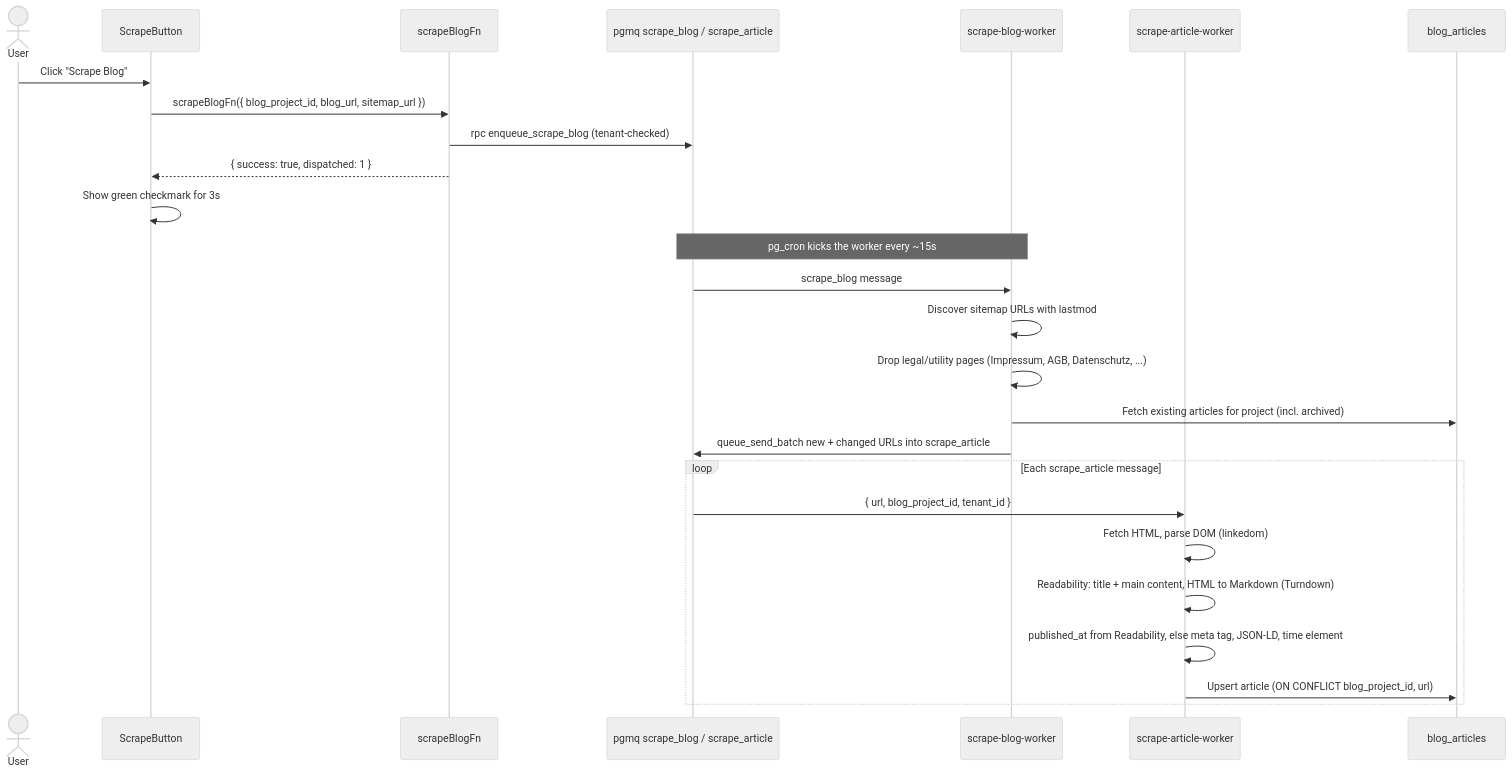
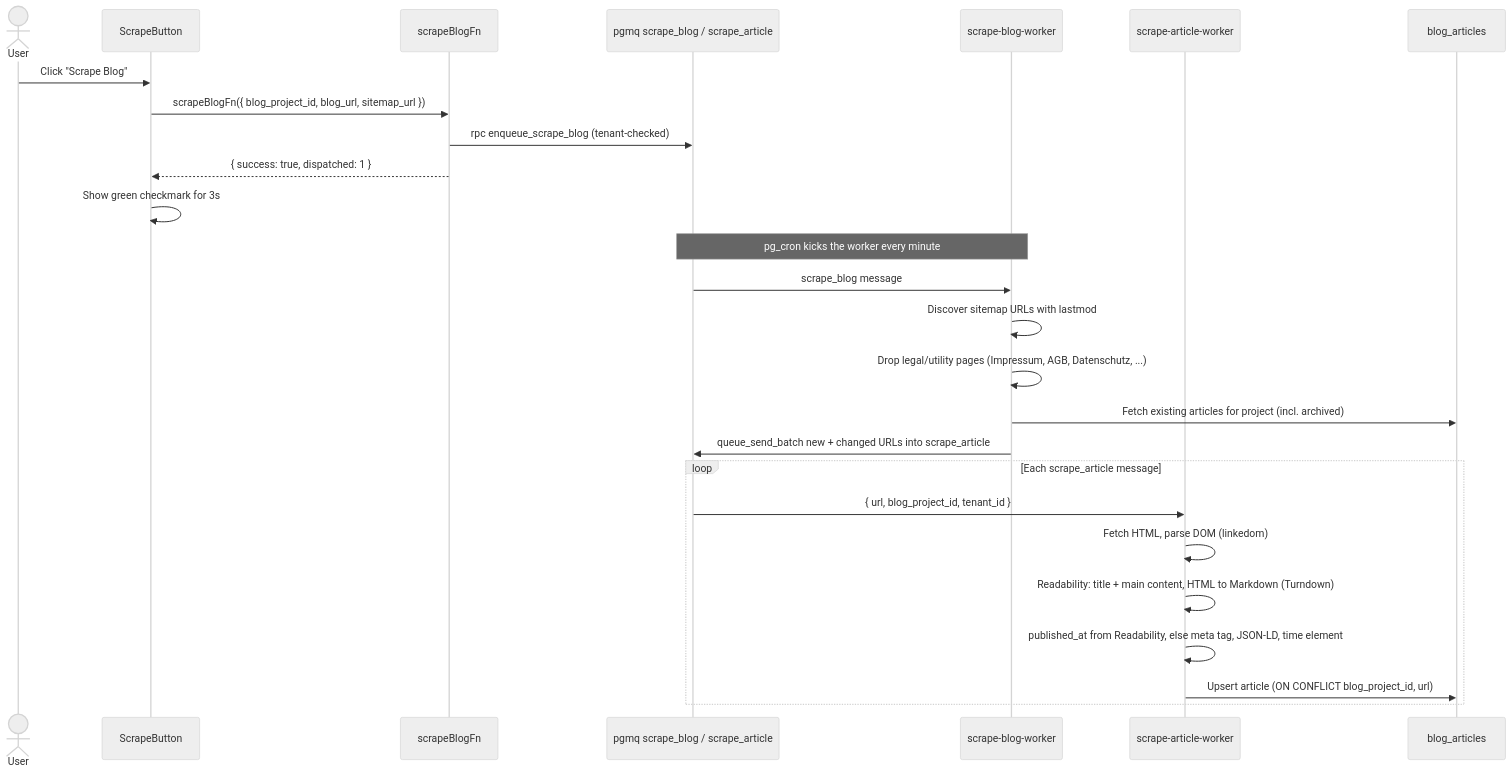
One commit to theaussie86/petra-pinterest changed the first of 4 diagrams in docs/flows/article-management.md. Above: the diagram before and after it, drawn with Mermaid (neutral theme). The commit also changed 4 other files, not shown here.

First line of the commit message:
fix(db): reduce pg_cron load - queue kicks every minute, clean job_run_details

````diff
--- a/docs/flows/article-management.md
+++ b/docs/flows/article-management.md
@@ -7,31 +7,31 @@
 ```mermaid
 sequenceDiagram
     actor User
     participant Button as ScrapeButton
     participant Server as scrapeBlogFn
     participant Queue as pgmq scrape_blog / scrape_article
     participant BlogWorker as scrape-blog-worker
     participant ArticleWorker as scrape-article-worker
     participant DB as blog_articles
 
     User->>Button: Click "Scrape Blog"
     Button->>Server: scrapeBlogFn({ blog_project_id, blog_url, sitemap_url })
     Server->>Queue: rpc enqueue_scrape_blog (tenant-checked)
     Server-->>Button: { success: true, dispatched: 1 }
     Button->>Button: Show green checkmark for 3s
 
-    Note over Queue,BlogWorker: pg_cron kicks the worker every ~15s
+    Note over Queue,BlogWorker: pg_cron kicks the worker every minute
     Queue->>BlogWorker: scrape_blog message
     BlogWorker->>BlogWorker: Discover sitemap URLs with lastmod
     BlogWorker->>BlogWorker: Drop legal/utility pages (Impressum, AGB, Datenschutz, ...)
     BlogWorker->>DB: Fetch existing articles for project (incl. archived)
     BlogWorker->>Queue: queue_send_batch new + changed URLs into scrape_article
 
     loop Each scrape_article message
         Queue->>ArticleWorker: { url, blog_project_id, tenant_id }
         ArticleWorker->>ArticleWorker: Fetch HTML, parse DOM (linkedom)
         ArticleWorker->>ArticleWorker: Readability: title + main content, HTML to Markdown (Turndown)
         ArticleWorker->>ArticleWorker: published_at from Readability, else meta tag, JSON-LD, time element
         ArticleWorker->>DB: Upsert article (ON CONFLICT blog_project_id, url)
     end
 ```
````
